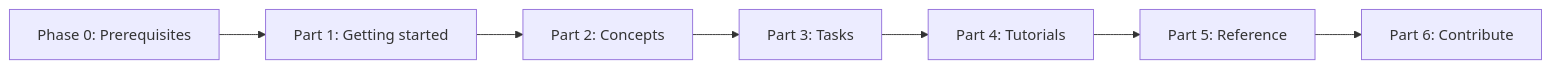
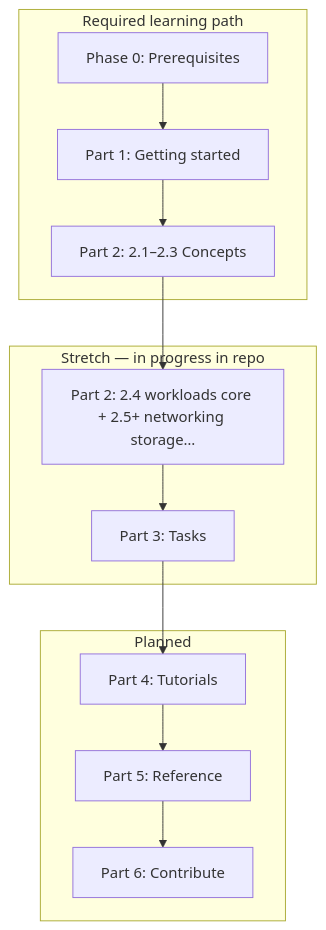
The diagram in README.md (TechITFactory/KubernetesFullStackOps), drawn with Mermaid before and after one commit. The commit also changed other lines of this file and 71 other files, not shown here.

````diff
--- a/README.md
+++ b/README.md
@@ -7,9 +19,20 @@
 ```mermaid
-flowchart LR
-  P0[Phase 0: Prerequisites] --> P1[Part 1: Getting started]
-  P1 --> P2[Part 2: Concepts]
-  P2 --> P3[Part 3: Tasks]
-  P3 --> P4[Part 4: Tutorials]
-  P4 --> P5[Part 5: Reference]
-  P5 --> P6[Part 6: Contribute]
+flowchart TB
+  subgraph required[Required learning path]
+    P0[Phase 0: Prerequisites]
+    P1[Part 1: Getting started]
+    P2a[Part 2: 2.1–2.3 Concepts]
+  end
+  subgraph stretch[Stretch — in progress in repo]
+    P2b[Part 2: 2.4 workloads core + 2.5+ networking storage…]
+    P3[Part 3: Tasks]
+  end
+  subgraph future[Planned]
+    P4[Part 4: Tutorials]
+    P5[Part 5: Reference]
+    P6[Part 6: Contribute]
+  end
+  P0 --> P1 --> P2a --> P2b
+  P2b --> P3
+  P3 --> P4 --> P5 --> P6
 ```
````
